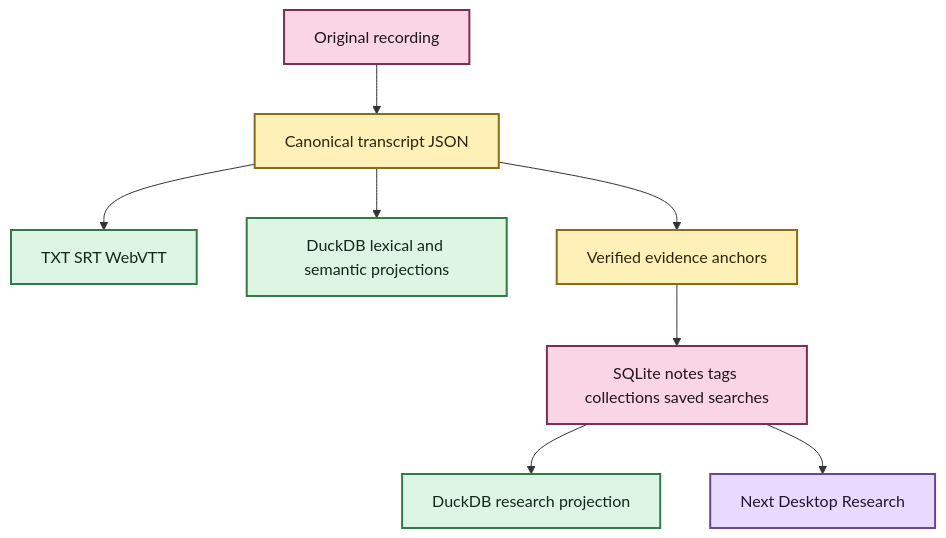
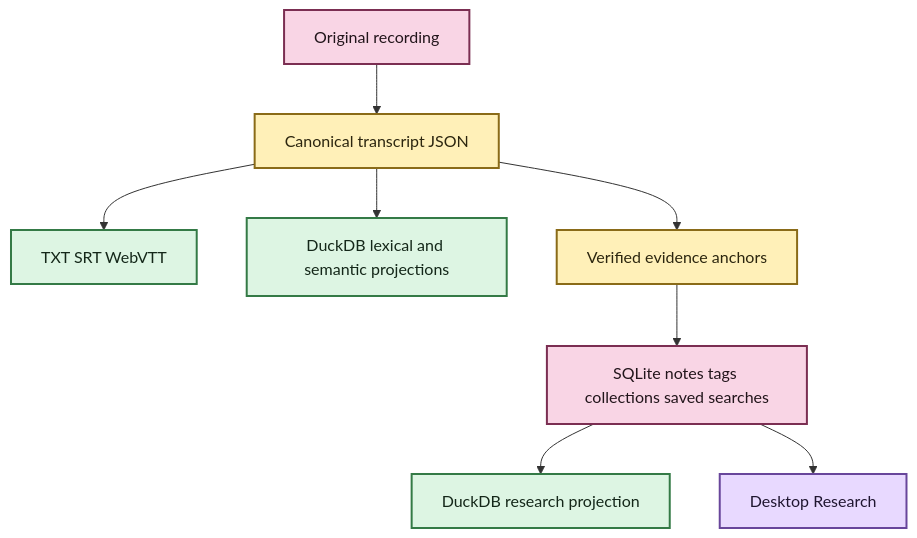
The second of 2 diagrams in docs/getting-started.md (SSD1805/EchoFlow), drawn with Mermaid before and after one commit. The commit also changed other lines of this file, not shown here.

Commit message:
docs: refresh desktop getting-started path

````diff
--- a/docs/getting-started.md
+++ b/docs/getting-started.md
@@ -225,20 +216,20 @@
 ```mermaid
 flowchart TD
     A[Original recording] --> B[Canonical transcript JSON]
     B --> C[TXT SRT WebVTT]
     B --> D[DuckDB lexical and semantic projections]
     B --> E[Verified evidence anchors]
     E --> F[SQLite notes tags collections saved searches]
     F --> G[DuckDB research projection]
-    F --> H[Next Desktop Research]
+    F --> H[Desktop Research]
 
     classDef source fill:#F9D5E5,stroke:#7B2E52,stroke-width:2px,color:#22151B
     classDef evidence fill:#FFF0B8,stroke:#8A6B18,stroke-width:2px,color:#2C260F
     classDef view fill:#DDF5E3,stroke:#347A46,stroke-width:2px,color:#142719
     classDef process fill:#E8D9FF,stroke:#68469B,stroke-width:2px,color:#1F1630
 
     class A,F source
     class B,E evidence
     class C,D,G view
     class H process
 ```
````
